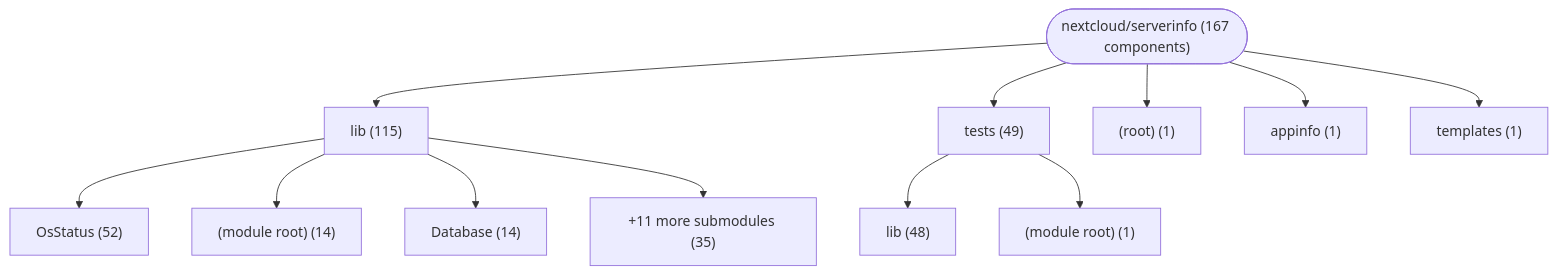
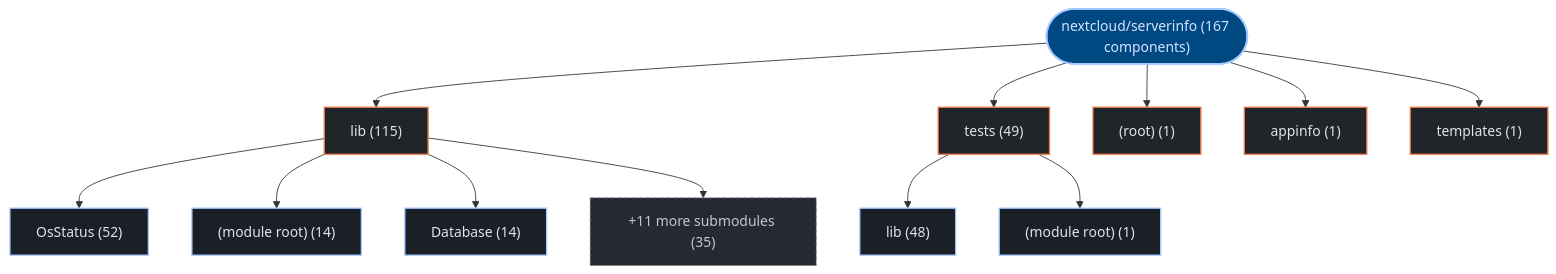
Before and after one commit to kumarshaz/atruss-code-atlas: the first of 2 diagrams in exports/latest/reports/nextcloud-serverinfo-report.md, drawn with Mermaid. The commit also changed other lines of this file and 331 other files, not shown here.

Commit message:
docs,ui,fix: update SDLC docs, reorder CI/CD DAG first, stylize Mermaid, and fix Arc42 pipeline topology

````diff
--- a/exports/latest/reports/nextcloud-serverinfo-report.md
+++ b/exports/latest/reports/nextcloud-serverinfo-report.md
@@ -42,26 +42,33 @@
 ```mermaid
 graph TD;
-    repo_root(["nextcloud/serverinfo (167 components)"])
-    dir_0_lib["lib (115)"]
+  classDef atlasRoot fill:#004882,stroke:#a3c9ff,stroke-width:2px,color:#d3e4ff
+  classDef atlasCategory fill:#212428,stroke:#E87A48,stroke-width:1.5px,color:#dfe3eb
+  classDef atlasWorkflow fill:#1b2026,stroke:#a3c9ff,stroke-width:1.5px,color:#dfe3eb
+  classDef atlasJob fill:#171c22,stroke:#8d9199,stroke-width:1px,color:#dfe3eb
+  classDef atlasTarget fill:#005227,stroke:#8bd99b,stroke-width:1.5px,color:#a7f6b6
+  classDef atlasAlert fill:#93000a,stroke:#ffb4ab,stroke-width:1.5px,color:#ffdad6
+  classDef atlasMore fill:#252a31,stroke:#8d9199,stroke-dasharray:4 4,color:#c3c6cf
+    repo_root(["nextcloud/serverinfo (167 components)"]):::atlasRoot
+    dir_0_lib["lib (115)"]:::atlasCategory
     repo_root --> dir_0_lib
-    sub_0_0_OsStatus["OsStatus (52)"]
+    sub_0_0_OsStatus["OsStatus (52)"]:::atlasWorkflow
     dir_0_lib --> sub_0_0_OsStatus
-    sub_0_1__module_root_["(module root) (14)"]
+    sub_0_1__module_root_["(module root) (14)"]:::atlasWorkflow
     dir_0_lib --> sub_0_1__module_root_
-    sub_0_2_Database["Database (14)"]
+    sub_0_2_Database["Database (14)"]:::atlasWorkflow
     dir_0_lib --> sub_0_2_Database
-    sub_0_more["+11 more submodules (35)"]
+    sub_0_more["+11 more submodules (35)"]:::atlasMore
     dir_0_lib --> sub_0_more
-    dir_1_tests["tests (49)"]
+    dir_1_tests["tests (49)"]:::atlasCategory
     repo_root --> dir_1_tests
-    sub_1_0_lib["lib (48)"]
+    sub_1_0_lib["lib (48)"]:::atlasWorkflow
     dir_1_tests --> sub_1_0_lib
-    sub_1_1__module_root_["(module root) (1)"]
+    sub_1_1__module_root_["(module root) (1)"]:::atlasWorkflow
     dir_1_tests --> sub_1_1__module_root_
-    dir_2__root_["(root) (1)"]
+    dir_2__root_["(root) (1)"]:::atlasCategory
     repo_root --> dir_2__root_
-    dir_3_appinfo["appinfo (1)"]
+    dir_3_appinfo["appinfo (1)"]:::atlasCategory
     repo_root --> dir_3_appinfo
-    dir_4_templates["templates (1)"]
+    dir_4_templates["templates (1)"]:::atlasCategory
     repo_root --> dir_4_templates
 ```
````
